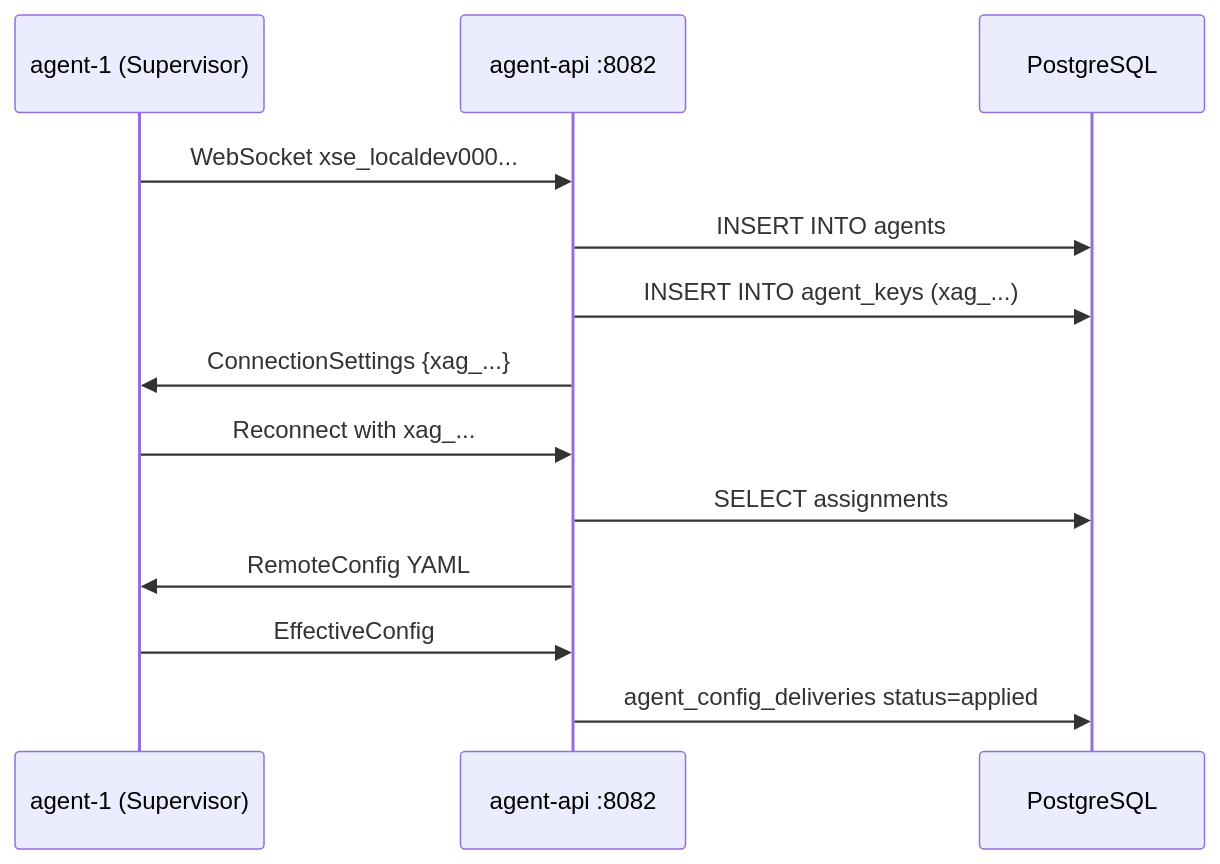
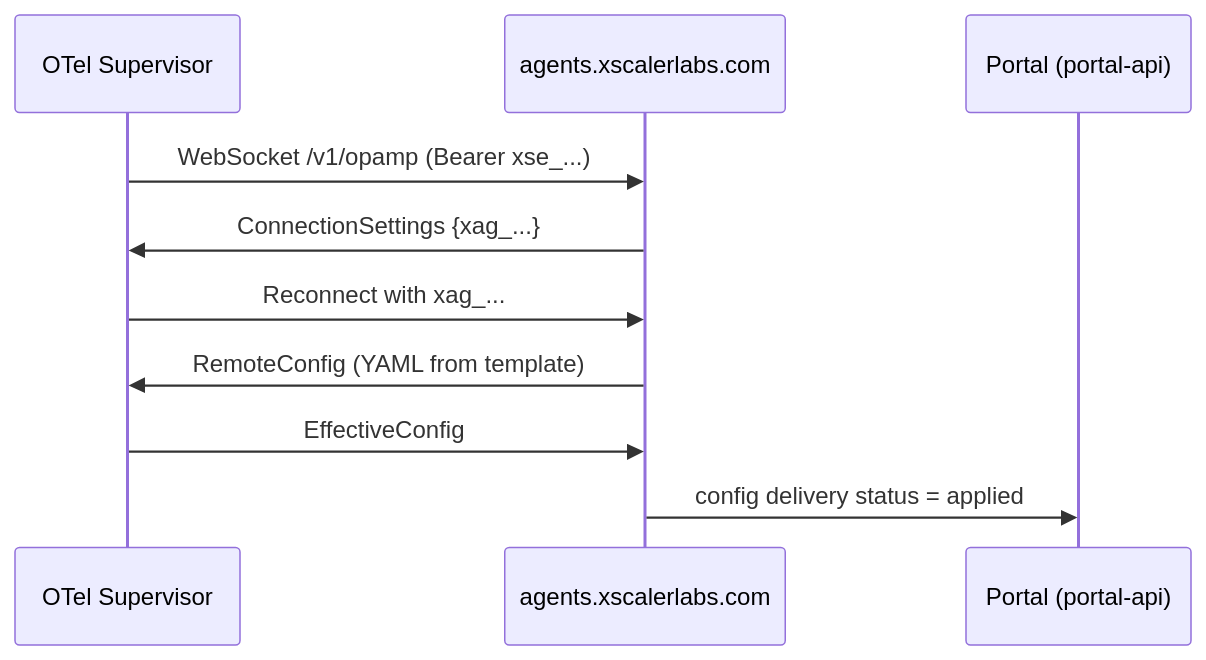
One commit to xscaler/training changed the diagram in docs/labs/lab-02-agent-deployment.md. Above: the diagram before and after it, drawn with Mermaid. The commit also changed other lines of this file and 38 other files, not shown here.

First line of the commit message:
Remove internal content, fix Mermaid diagrams, and rewrite labs as customer-facing exercises

````diff
--- a/docs/labs/lab-02-agent-deployment.md
+++ b/docs/labs/lab-02-agent-deployment.md
@@ -14,16 +15,13 @@
 ```mermaid
 sequenceDiagram
-    participant SUP as agent-1 (Supervisor)
-    participant AA as agent-api :8082
-    participant PG as PostgreSQL
+    participant SUP as OTel Supervisor
+    participant AA as agents.xscalerlabs.com
+    participant PA as Portal (portal-api)
 
-    SUP->>AA: WebSocket xse_localdev000...
-    AA->>PG: INSERT INTO agents
-    AA->>PG: INSERT INTO agent_keys (xag_...)
+    SUP->>AA: WebSocket /v1/opamp (Bearer xse_...)
     AA->>SUP: ConnectionSettings {xag_...}
     SUP->>AA: Reconnect with xag_...
-    AA->>PG: SELECT assignments
-    AA->>SUP: RemoteConfig YAML
+    AA->>SUP: RemoteConfig (YAML from template)
     SUP->>AA: EffectiveConfig
-    AA->>PG: agent_config_deliveries status=applied
+    AA->>PA: config delivery status = applied
 ```
````
